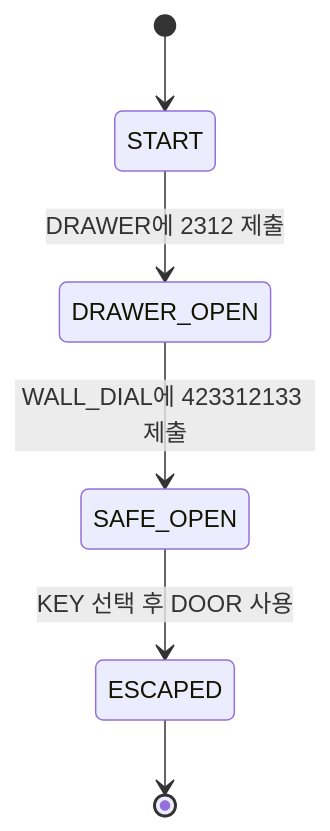
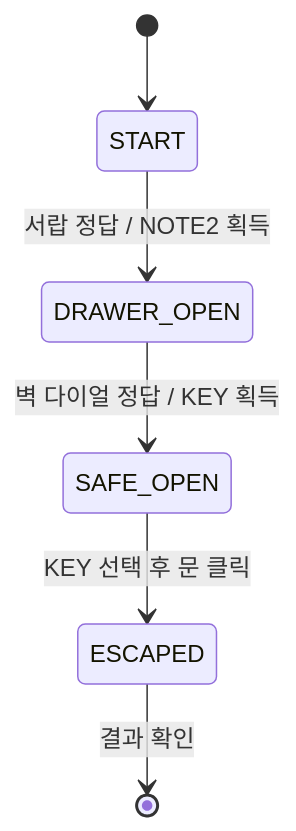
One commit to hhannn001/JavaOOP_repository changed the first of 2 diagrams in Document/클래스설계_및_7인_역할분담.md. Above: the diagram before and after it, drawn with Mermaid. The commit also changed other lines of this file and 34 other files, not shown here.

First line of the commit message:
docs: 현재 구현 기준으로 프로젝트 문서와 다이어그램 재정비

````diff
--- a/Document/클래스설계_및_7인_역할분담.md
+++ b/Document/클래스설계_및_7인_역할분담.md
@@ -406,8 +90,8 @@
 ```mermaid
 stateDiagram-v2
     [*] --> START
-    START --> DRAWER_OPEN: DRAWER에 2312 제출
-    DRAWER_OPEN --> SAFE_OPEN: WALL_DIAL에 423312133 제출
-    SAFE_OPEN --> ESCAPED: KEY 선택 후 DOOR 사용
-    ESCAPED --> [*]
+    START --> DRAWER_OPEN: 서랍 정답 / NOTE2 획득
+    DRAWER_OPEN --> SAFE_OPEN: 벽 다이얼 정답 / KEY 획득
+    SAFE_OPEN --> ESCAPED: KEY 선택 후 문 클릭
+    ESCAPED --> [*]: 결과 확인
 ```
````
